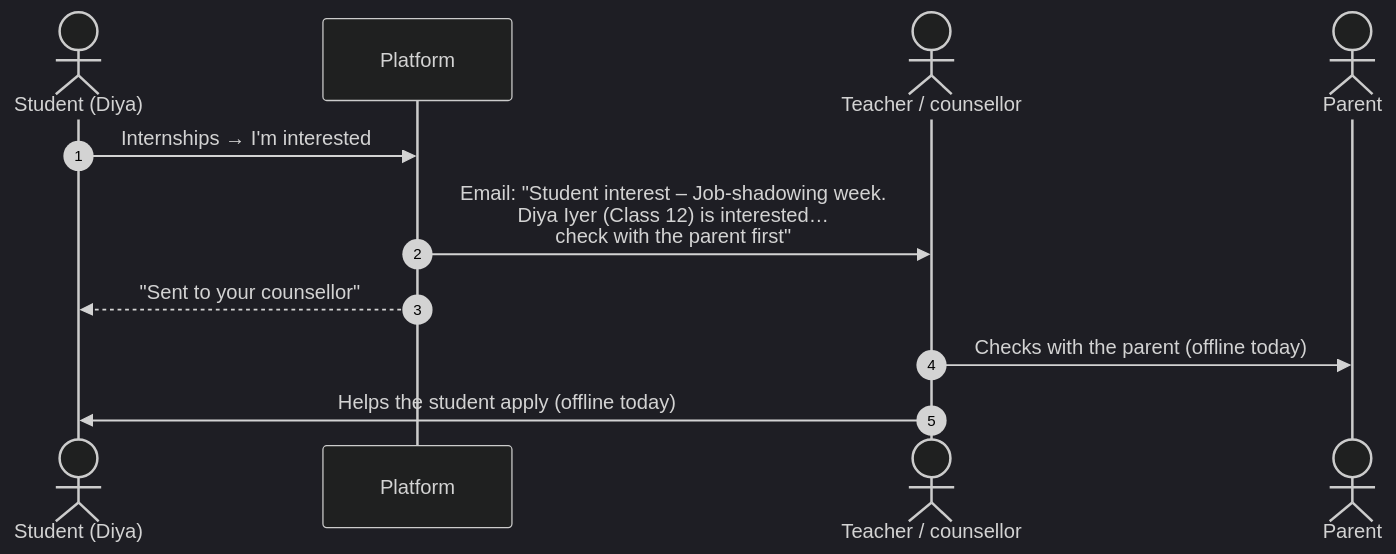
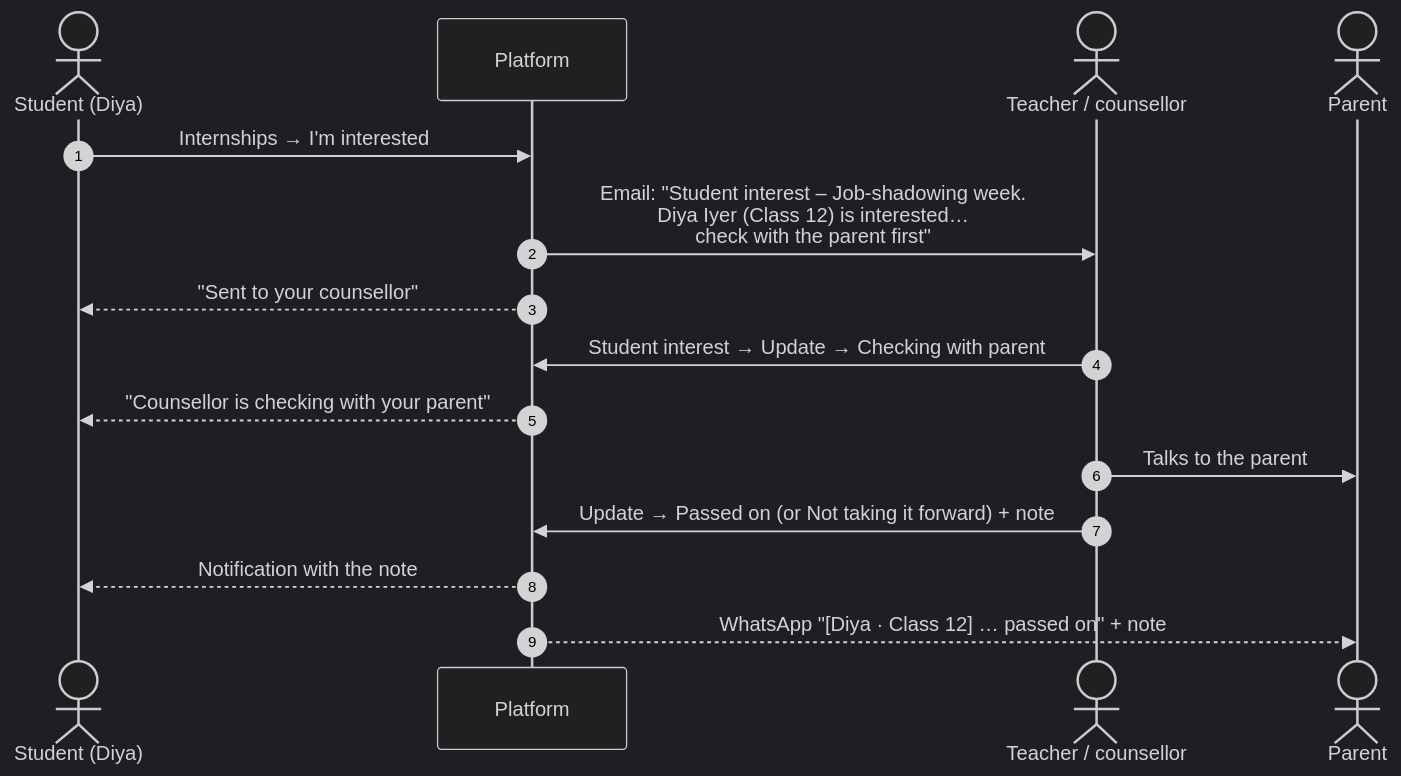
Before and after one commit to shubham-pawar-tc/vibgyor-alumni: the second of 3 diagrams in docs/TEACHER-FLOW.md, drawn with Mermaid (dark theme). The commit also changed other lines of this file and 17 other files, not shown here.

First line of the commit message:
feat: build the remaining open items from the flow docs

````diff
--- a/docs/TEACHER-FLOW.md
+++ b/docs/TEACHER-FLOW.md
@@ -63,14 +63,18 @@
 ```mermaid
 sequenceDiagram
     autonumber
     actor S as Student (Diya)
     participant P as Platform
     actor T as Teacher / counsellor
     actor N as Parent
 
     S->>P: Internships → I'm interested
     P->>T: Email: "Student interest – Job-shadowing week.<br/>Diya Iyer (Class 12) is interested…<br/>check with the parent first"
     P-->>S: "Sent to your counsellor"
-    T->>N: Checks with the parent (offline today)
-    T->>S: Helps the student apply (offline today)
+    T->>P: Student interest → Update → Checking with parent
+    P-->>S: "Counsellor is checking with your parent"
+    T->>N: Talks to the parent
+    T->>P: Update → Passed on (or Not taking it forward) + note
+    P-->>S: Notification with the note
+    P-->>N: WhatsApp "[Diya · Class 12] … passed on" + note
 ```
````
